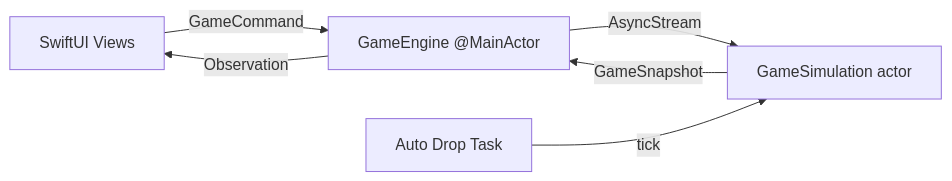
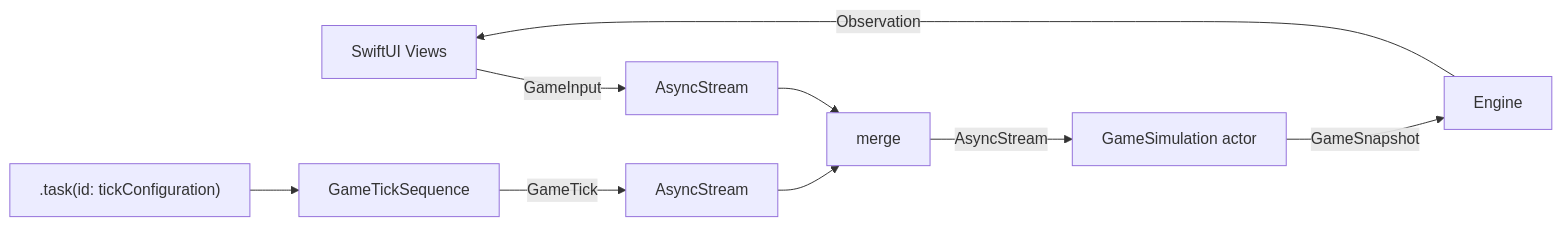
Before and after one commit to kwonao/SwiftTetris: the diagram in README.md, drawn with Mermaid. The commit also changed other lines of this file and 4 other files, not shown here.

Commit message:
Model game loop with AsyncSequence

````diff
--- a/README.md
+++ b/README.md
@@ -47,8 +47,11 @@
 ```mermaid
 flowchart LR
-    UI["SwiftUI Views"] -->|"GameCommand"| Engine["GameEngine @MainActor"]
-    Engine -->|"AsyncStream"| Simulation["GameSimulation actor"]
-    Timer["Auto Drop Task"] -->|tick| Simulation
+    UI["SwiftUI Views"] -->|"GameInput"| Input["AsyncStream<GameInput>"]
+    Task[".task(id: tickConfiguration)"] --> TickSeq["GameTickSequence"]
+    TickSeq -->|"GameTick"| TickStream["AsyncStream<GameTick>"]
+    Input --> Merge["merge"]
+    TickStream --> Merge
+    Merge -->|"AsyncStream<GameEvent>"| Simulation["GameSimulation actor"]
     Simulation -->|"GameSnapshot"| Engine
     Engine -->|"Observation"| UI
 ```
````
